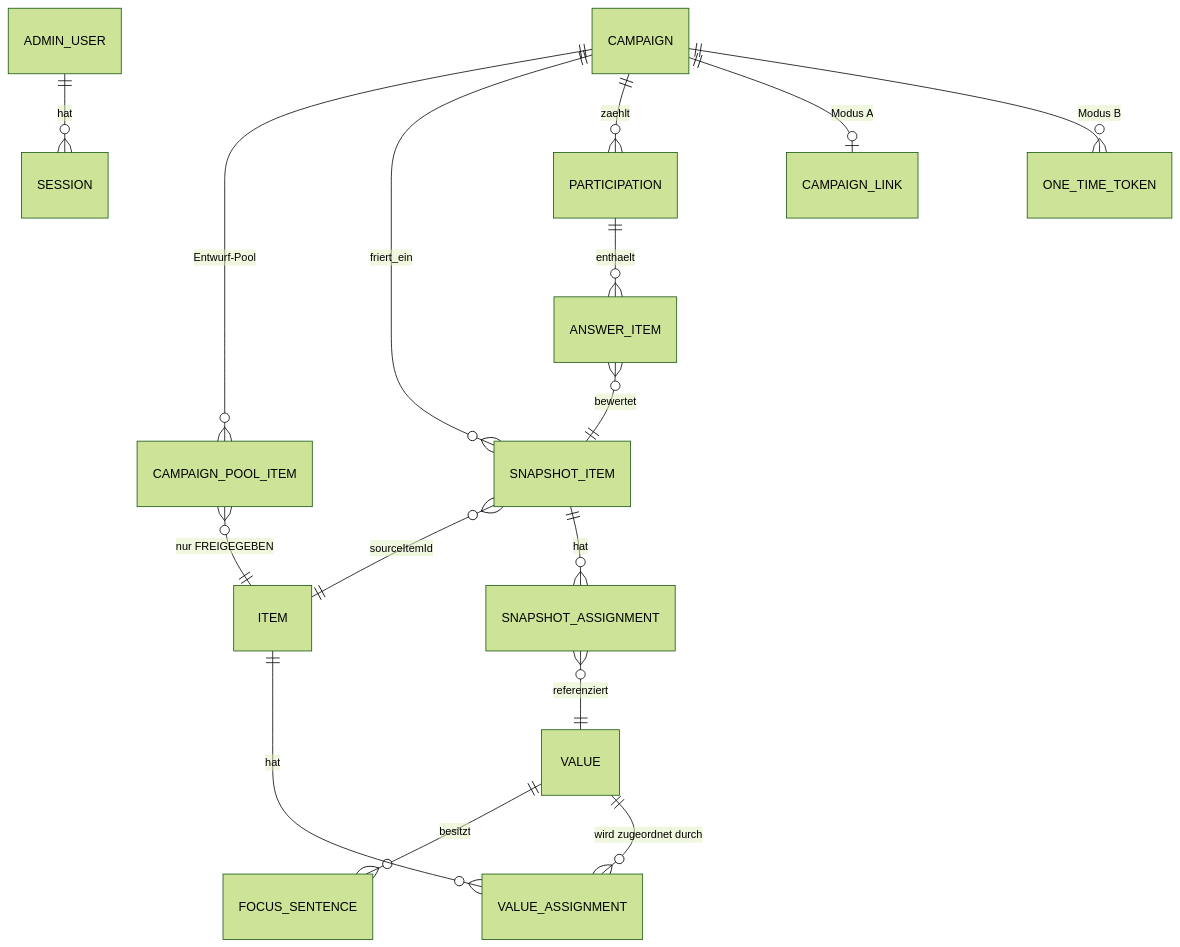
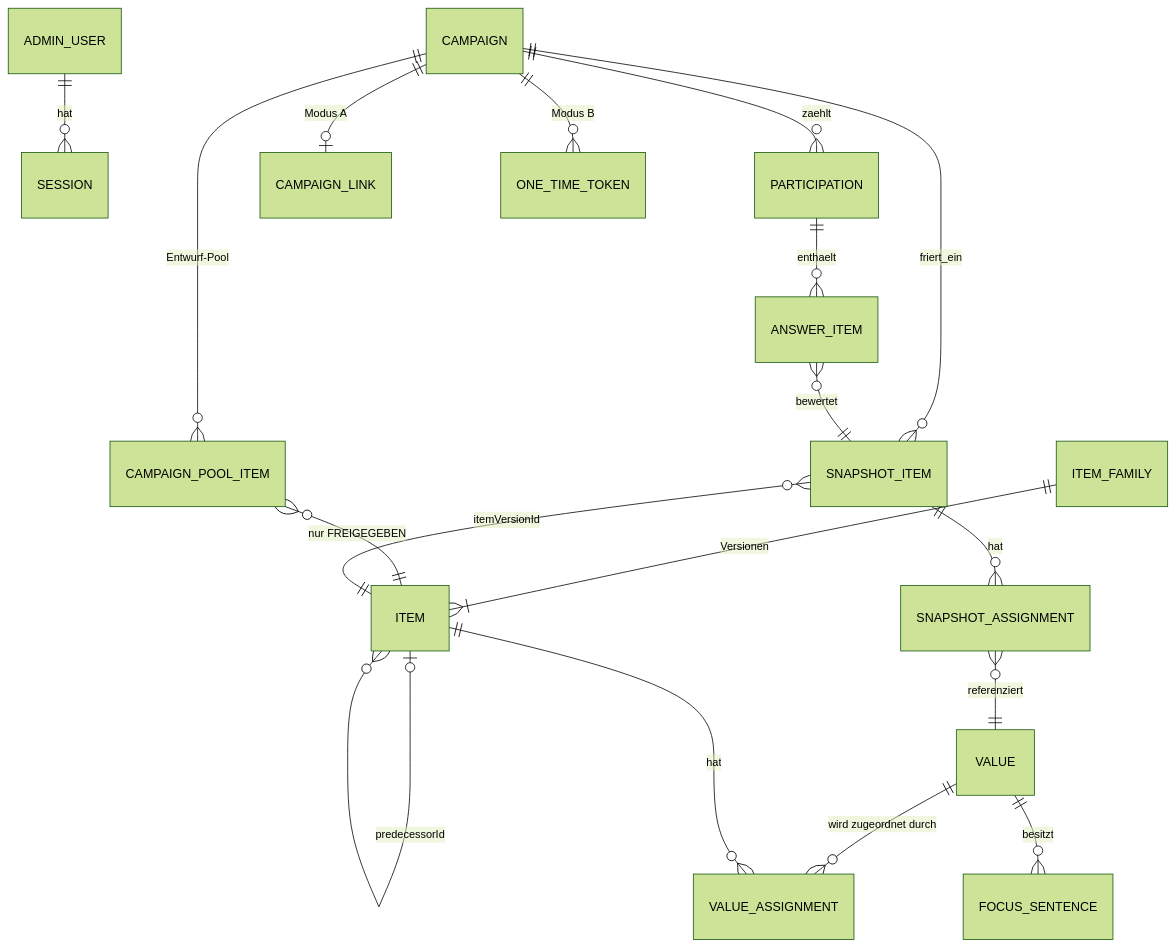
One commit to dschmid2/kulturbarometer changed the third of 3 diagrams in .kiro/specs/kulturbarometer/design.md. Above: the diagram before and after it, drawn with Mermaid (forest theme). The commit also changed other lines of this file, not shown here.

First line of the commit message:
Design an Techstack und Item-Versionierung angleichen

````diff
--- a/.kiro/specs/kulturbarometer/design.md
+++ b/.kiro/specs/kulturbarometer/design.md
@@ -266,22 +267,24 @@
 ```mermaid
 erDiagram
     ADMIN_USER ||--o{ SESSION : hat
     VALUE ||--o{ FOCUS_SENTENCE : besitzt
     VALUE ||--o{ VALUE_ASSIGNMENT : "wird zugeordnet durch"
     ITEM ||--o{ VALUE_ASSIGNMENT : hat
+    ITEM_FAMILY ||--|{ ITEM : "Versionen"
+    ITEM |o--o{ ITEM : "predecessorId"
 
     CAMPAIGN ||--o{ CAMPAIGN_POOL_ITEM : "Entwurf-Pool"
     CAMPAIGN_POOL_ITEM }o--|| ITEM : "nur FREIGEGEBEN"
 
     CAMPAIGN ||--o{ SNAPSHOT_ITEM : friert_ein
-    SNAPSHOT_ITEM }o--|| ITEM : "sourceItemId"
+    SNAPSHOT_ITEM }o--|| ITEM : "itemVersionId"
     SNAPSHOT_ITEM ||--o{ SNAPSHOT_ASSIGNMENT : hat
     SNAPSHOT_ASSIGNMENT }o--|| VALUE : referenziert
 
     CAMPAIGN ||--o{ PARTICIPATION : zaehlt
     PARTICIPATION ||--o{ ANSWER_ITEM : enthaelt
     ANSWER_ITEM }o--|| SNAPSHOT_ITEM : bewertet
 
     CAMPAIGN ||--o| CAMPAIGN_LINK : "Modus A"
     CAMPAIGN ||--o{ ONE_TIME_TOKEN : "Modus B"
 ```
````
